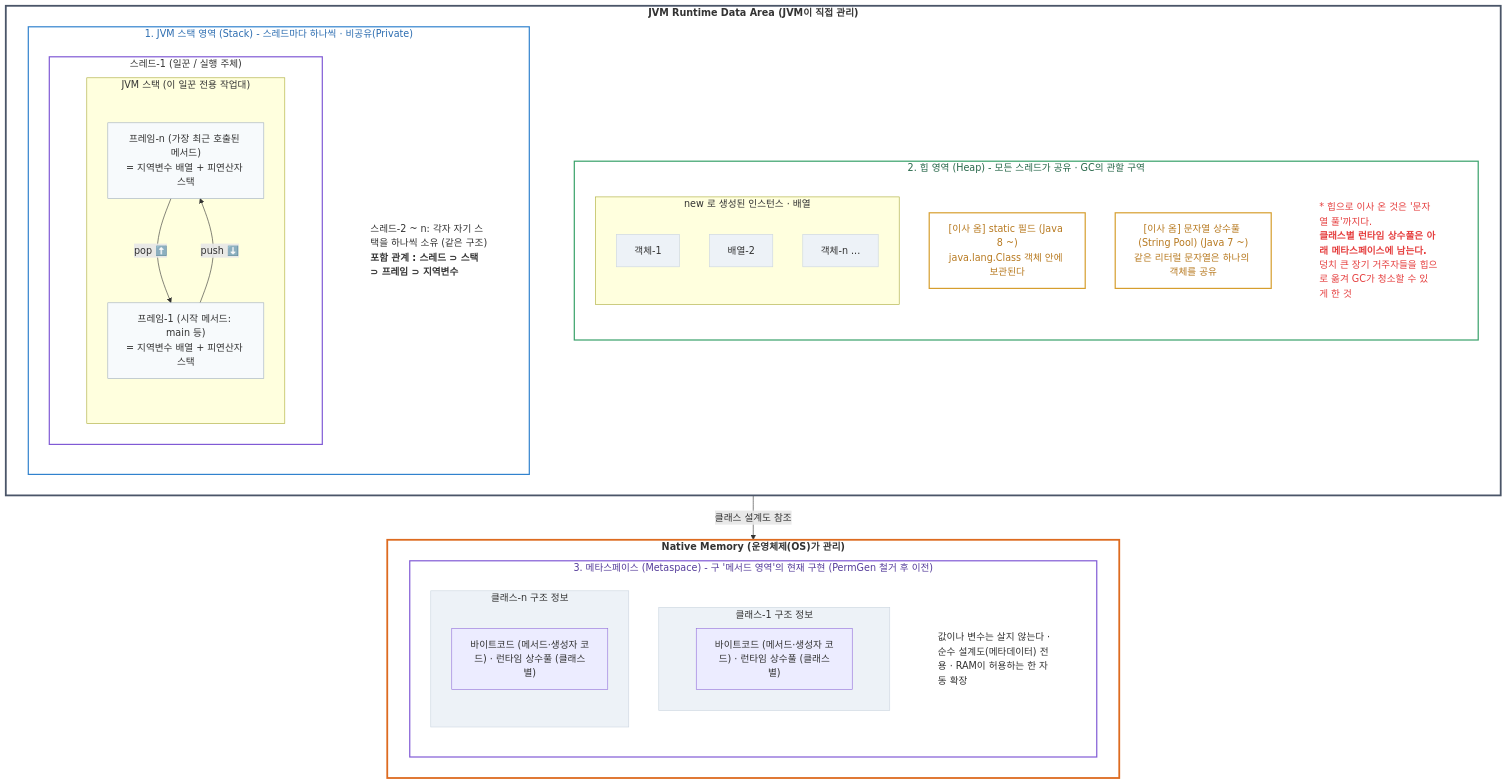
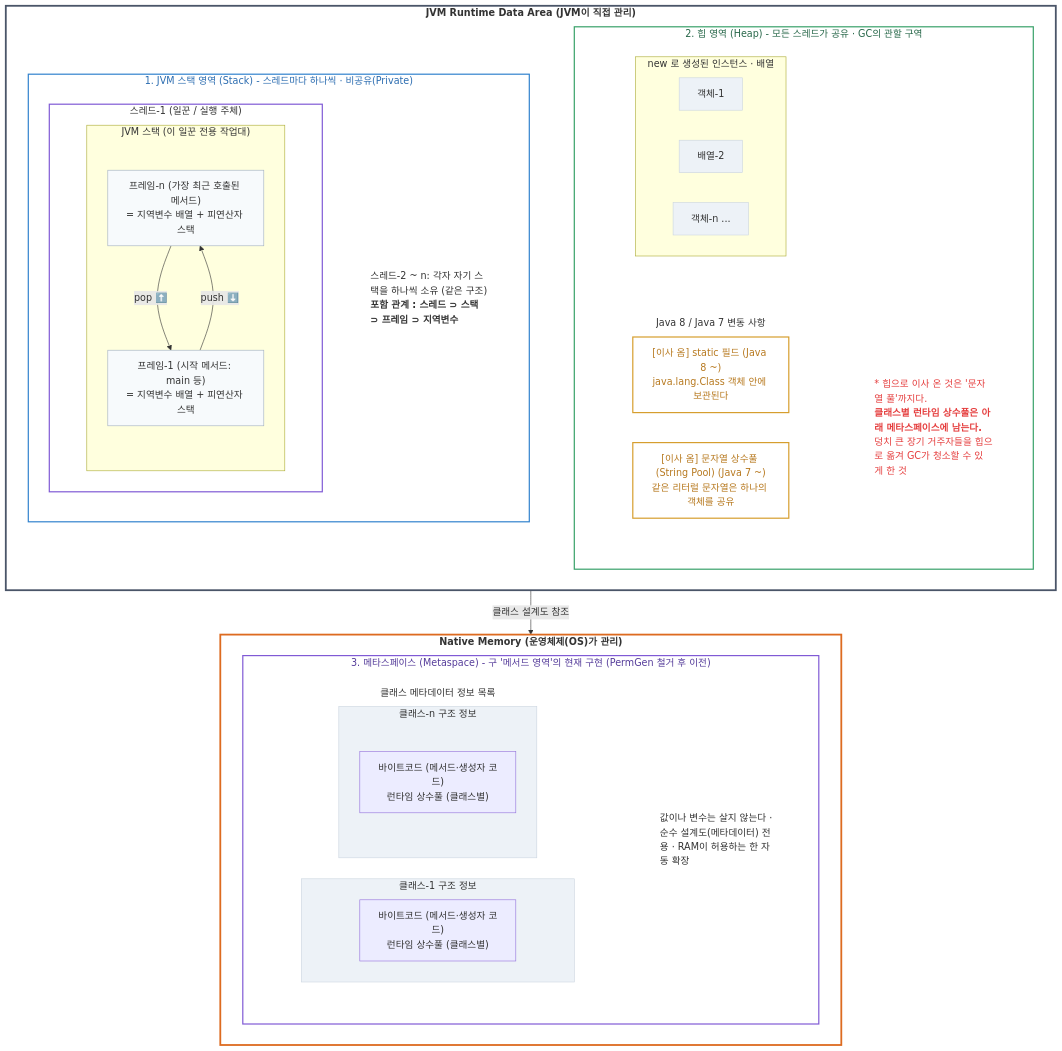
Before and after one commit to sungjin-dev/sungjin-dev.github.io: the second of 8 diagrams in _posts/2026-07-11-java-reference-type-study-1.md, drawn with Mermaid.

```diff
--- a/_posts/2026-07-11-java-reference-type-study-1.md
+++ b/_posts/2026-07-11-java-reference-type-study-1.md
@@ -58,7 +56,7 @@
     %% JVM Runtime Data Area (상단 거대 그룹)
     %% ──────────────────────────────────────────────────────────
     subgraph RDA ["JVM Runtime Data Area (JVM이 직접 관리)"]
-        direction LR  %% 이 그룹 내부만 왼쪽에서 오른쪽(Left to Right)으로 흐르도록 배치 강제
+        direction LR  %% 스택과 힙 전체는 좌우로 배치
 
         %% [1] JVM 스택 영역 (좌측 배치)
         subgraph STACK_AREA ["1. JVM 스택 영역 (Stack) - 스레드마다 하나씩 · 비공유(Private)"]
@@ -77,20 +75,31 @@
             STACK_TEXT["스레드-2 ~ n: 각자 자기 스택을 하나씩 소유 (같은 구조)<br><b>포함 관계 : 스레드 ⊃ 스택 ⊃ 프레임 ⊃ 지역변수</b>"]
         end
 
-        %% 두 영역이 수평으로 묶이도록 보이지 않는 투명 연결선 추가 (트릭)
+        %% 두 거대 영역 사이 공간 확보를 위한 투명 연결선
         STACK_AREA ~~~ HEAP_AREA
 
         %% [2] 힙 영역 (우측 배치)
         subgraph HEAP_AREA ["2. 힙 영역 (Heap) - 모든 스레드가 공유 · GC의 관할 구역"]
-            direction TD
+            direction TD %% 힙 영역 내부 요소를 위에서 아래(2층)로 흐르게 변경
+            
+            %% 1층: 객체 인스턴스 배열 그룹
             subgraph OBJECTS ["new 로 생성된 인스턴스 · 배열"]
+                direction LR
                 OBJ1["객체-1"]
                 ARR2["배열-2"]
                 OBJN["객체-n ..."]
             end
             
-            SF["[이사 옴] static 필드 (Java 8 ~)<br>java.lang.Class 객체 안에 보관된다"]
-            SP["[이사 옴] 문자열 상수풀 (String Pool) (Java 7 ~)<br>같은 리터럴 문자열은 하나의 객체를 공유"]
+            %% 1층과 2층 사이에 보이지 않는 수직 흐름 가이드 배치
+            OBJECTS ~~~ SF
+            OBJECTS ~~~ SP
+
+            %% 2층: 이사 온 필드 및 상수풀 영역 (가로 배치 그룹)
+            subgraph MOVED_ITEMS ["Java 8 / Java 7 변동 사항"]
+                direction LR
+                SF["[이사 옴] static 필드 (Java 8 ~)<br>java.lang.Class 객체 안에 보관된다"]
+                SP["[이사 옴] 문자열 상수풀 (String Pool) (Java 7 ~)<br>같은 리터럴 문자열은 하나의 객체를 공유"]
+            end
             
             HEAP_TEXT["* 힙으로 이사 온 것은 '문자열 풀'까지다.<br><b>클래스별 런타임 상수풀은 아래 메타스페이스에 남는다.</b><br>덩치 큰 장기 거주자들을 힙으로 옮겨 GC가 청소할 수 있게 한 것"]
         end
@@ -102,14 +111,18 @@
     %% ──────────────────────────────────────────────────────────
     subgraph NATIVE_MEM ["Native Memory (운영체제(OS)가 관리)"]
         subgraph METASPACE ["3. 메타스페이스 (Metaspace) - 구 '메서드 영역'의 현재 구현 (PermGen 철거 후 이전)"]
+            direction TD
             MS_TEXT["값이나 변수는 살지 않는다 · 순수 설계도(메타데이터) 전용 · RAM이 허용하는 한 자동 확장"]
             
-            subgraph CL1 ["클래스-1 구조 정보"]
-                C1["바이트코드 (메서드·생성자 코드) · 런타임 상수풀 (클래스별)"]
-            end
-            
-            subgraph CLN ["클래스-n 구조 정보"]
-                CN["바이트코드 (메서드·생성자 코드) · 런타임 상수풀 (클래스별)"]
+            subgraph CLASS_INFOS ["클래스 메타데이터 정보 목록"]
+                direction LR
+                subgraph CL1 ["클래스-1 구조 정보"]
+                    C1["바이트코드 (메서드·생성자 코드)<br>런타임 상수풀 (클래스별)"]
+                end
+                
+                subgraph CLN ["클래스-n 구조 정보"]
+                    CN["바이트코드 (메서드·생성자 코드)<br>런타임 상수풀 (클래스별)"]
+                end
             end
         end
     end
@@ -118,7 +131,7 @@
     RDA -->|클래스 설계도 참조| NATIVE_MEM
 
     %% ──────────────────────────────────────────────────────────
-    %% 스타일 레이어 (원본 이미지 색상 완벽 복사)
+    %% 스타일 레이어 (색상 및 외관 설정)
     %% ──────────────────────────────────────────────────────────
     classDef rda_style fill:#ffffff,stroke:#4a5568,stroke-width:3px,font-weight:bold;
     classDef native_style fill:#ffffff,stroke:#dd6b20,stroke-width:3px,font-weight:bold;
@@ -128,6 +141,7 @@
     classDef frame_box fill:#f7fafc,stroke:#a0aec0,stroke-width:1px;
     
     classDef heap_box fill:#ffffff,stroke:#38a169,stroke-width:2px,color:#276749;
+    classDef moved_group fill:none,stroke:none;
     classDef move_box fill:#ffffff,stroke:#d69e2e,stroke-width:2px,color:#b7791f;
     classDef obj_box fill:#edf2f7,stroke:#cbd5e0,stroke-width:1px;
     
@@ -141,10 +155,12 @@
     class F_N,F_1 frame_box;
     
     class HEAP_AREA heap_box;
+    class MOVED_ITEMS moved_group;
     class SF,SP move_box;
     class OBJ1,ARR2,OBJN obj_box;
     
     class METASPACE meta_box;
+    class CLASS_INFOS moved_group;
     class CL1,CLN obj_box;
 
     %% 텍스트 라벨 투명화 및 정돈
```
